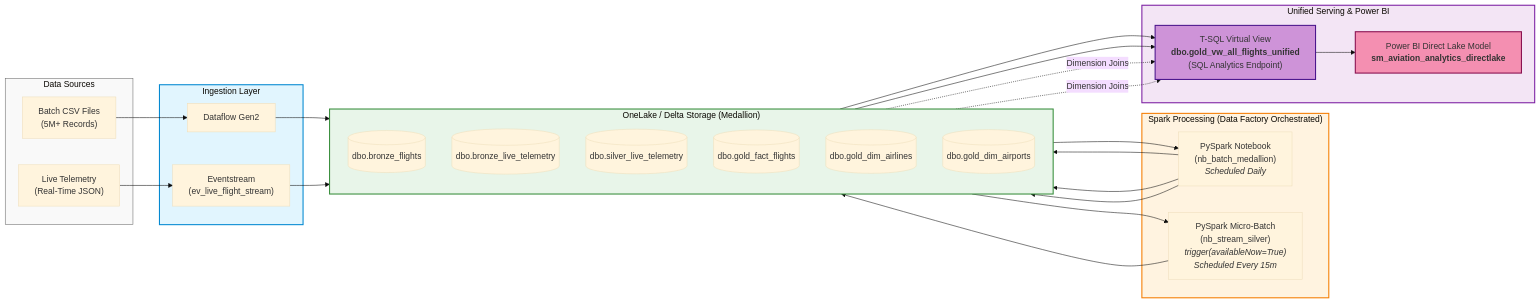
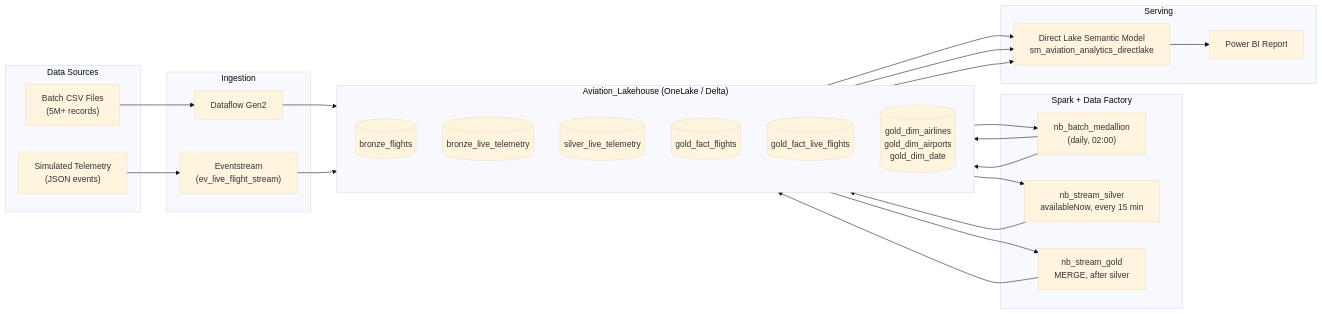
The diagram in README.md (haabiba-alaa/Aviation-Analytics-Platform-on-Microsoft-Fabric), drawn with Mermaid (base theme) before and after one commit. The commit also changed other lines of this file, not shown here.

````diff
--- a/README.md
+++ b/README.md
@@ -15,65 +21,42 @@
 ```mermaid
 flowchart LR
-    %% Data Sources
     subgraph SOURCES["Data Sources"]
-        S1["Batch CSV Files<br/>(5M+ Records)"]
-        S2["Live Telemetry<br/>(Real-Time JSON)"]
+        S1["Batch CSV Files<br/>(5M+ records)"]
+        S2["Simulated Telemetry<br/>(JSON events)"]
     end
 
-    %% Ingestion Layer
-    subgraph INGEST["Ingestion Layer"]
+    subgraph INGEST["Ingestion"]
         I1["Dataflow Gen2"]
         I2["Eventstream<br/>(ev_live_flight_stream)"]
     end
 
-    %% Medallion Storage (OneLake / Delta)
-    subgraph MEDALLION["OneLake / Delta Storage (Medallion)"]
+    subgraph LAKE["Aviation_Lakehouse (OneLake / Delta)"]
         direction TB
-        B1[("dbo.bronze_flights")]
-        B2[("dbo.bronze_live_telemetry")]
-        
-        SV1[("dbo.silver_live_telemetry")]
-        
-        G1[("dbo.gold_fact_flights")]
-        G2[("dbo.gold_dim_airlines")]
-        G3[("dbo.gold_dim_airports")]
+        B1[("bronze_flights")]
+        B2[("bronze_live_telemetry")]
+        SV[("silver_live_telemetry")]
+        GF[("gold_fact_flights")]
+        GL[("gold_fact_live_flights")]
+        GD[("gold_dim_airlines<br/>gold_dim_airports<br/>gold_dim_date")]
     end
 
-    %% Compute & Processing
-    subgraph COMPUTE["Spark Processing (Data Factory Orchestrated)"]
-        P1["PySpark Notebook<br/>(nb_batch_medallion)<br/><i>Scheduled Daily</i>"]
-        P2["PySpark Micro-Batch<br/>(nb_stream_silver)<br/><i>trigger(availableNow=True)</i><br/><i>Scheduled Every 15m</i>"]
+    subgraph COMPUTE["Spark + Data Factory"]
+        P1["nb_batch_medallion<br/>(daily, 02:00)"]
+        P2["nb_stream_silver<br/>availableNow, every 15 min"]
+        P3["nb_stream_gold<br/>MERGE, after silver"]
     end
 
-    %% Virtualization & Reporting
-    subgraph SERVING["Unified Serving & Power BI"]
-        VIEW["T-SQL Virtual View<br/><b>dbo.gold_vw_all_flights_unified</b><br/>(SQL Analytics Endpoint)"]
-        PBI["Power BI Direct Lake Model<br/><b>sm_aviation_analytics_directlake</b>"]
+    subgraph SERVING["Serving"]
+        SM["Direct Lake Semantic Model<br/>sm_aviation_analytics_directlake"]
+        RPT["Power BI Report"]
     end
 
-    %% Batch Flow Connections
-    S1 --> I1 --> B1
-    B1 --> P1 --> G1
-    P1 --> G2
-    P1 --> G3
+    S1 --> I1 --> B1 --> P1 --> GF
+    P1 --> GD
+    S2 --> I2 --> B2 --> P2 --> SV --> P3 --> GL
 
-    %% Streaming Flow Connections
-    S2 --> I2 --> B2
-    B2 --> P2 --> SV1
-
-    %% Serving Connections
-    G1 --> VIEW
-    SV1 --> VIEW
-    G2 -. Dimension Joins .-> VIEW
-    G3 -. Dimension Joins .-> VIEW
-    VIEW --> PBI
-
-    %% Node Styling
-    style SOURCES fill:#f9f9f9,stroke:#666,stroke-width:1px
-    style INGEST fill:#e1f5fe,stroke:#0288d1,stroke-width:2px
-    style MEDALLION fill:#e8f5e9,stroke:#388e3c,stroke-width:2px
-    style COMPUTE fill:#fff3e0,stroke:#f57c00,stroke-width:2px
-    style SERVING fill:#f3e5f5,stroke:#7b1fa2,stroke-width:2px
-    style VIEW fill:#ce93d8,stroke:#4a148c,stroke-width:2px
-    style PBI fill:#f48fb1,stroke:#880e4f,stroke-width:2px
+    GF --> SM
+    GL --> SM
+    GD --> SM
+    SM --> RPT
 ```
````
